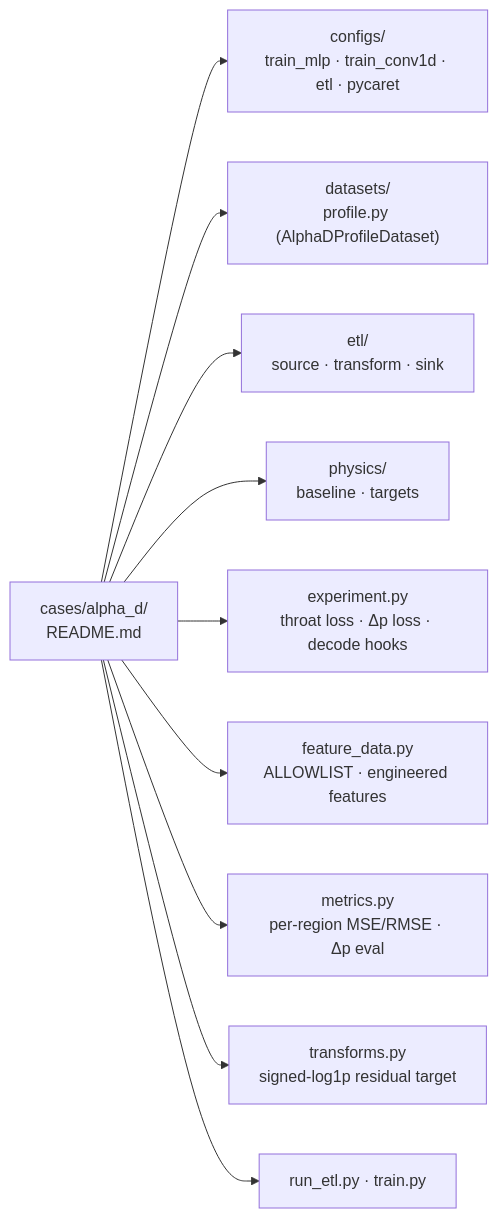
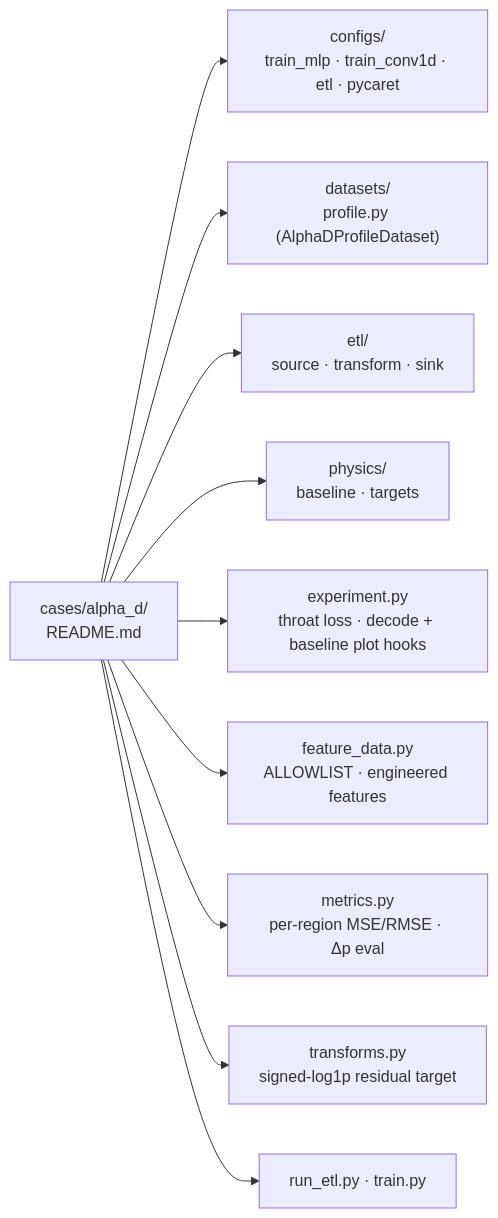
Before and after one commit to MengnanLi91/TH_HOLO_workflow: the diagram in docs/cases/alpha_d.md, drawn with Mermaid. The commit also changed other lines of this file and 30 other files, not shown here.

````diff
--- a/docs/cases/alpha_d.md
+++ b/docs/cases/alpha_d.md
@@ -15,12 +15,12 @@
 ```{mermaid}
 flowchart LR
     R["cases/alpha_d/<br/>README.md"] --> Cfg["configs/<br/>train_mlp · train_conv1d · etl · pycaret"]
     R --> DS["datasets/<br/>profile.py (AlphaDProfileDataset)"]
     R --> ETL["etl/<br/>source · transform · sink"]
     R --> Phys["physics/<br/>baseline · targets"]
-    R --> Exp["experiment.py<br/>throat loss · Δp loss · decode hooks"]
+    R --> Exp["experiment.py<br/>throat loss · decode + baseline plot hooks"]
     R --> FD["feature_data.py<br/>ALLOWLIST · engineered features"]
     R --> Met["metrics.py<br/>per-region MSE/RMSE · Δp eval"]
     R --> Tr["transforms.py<br/>signed-log1p residual target"]
     R --> Run["run_etl.py · train.py"]
 ```
````
